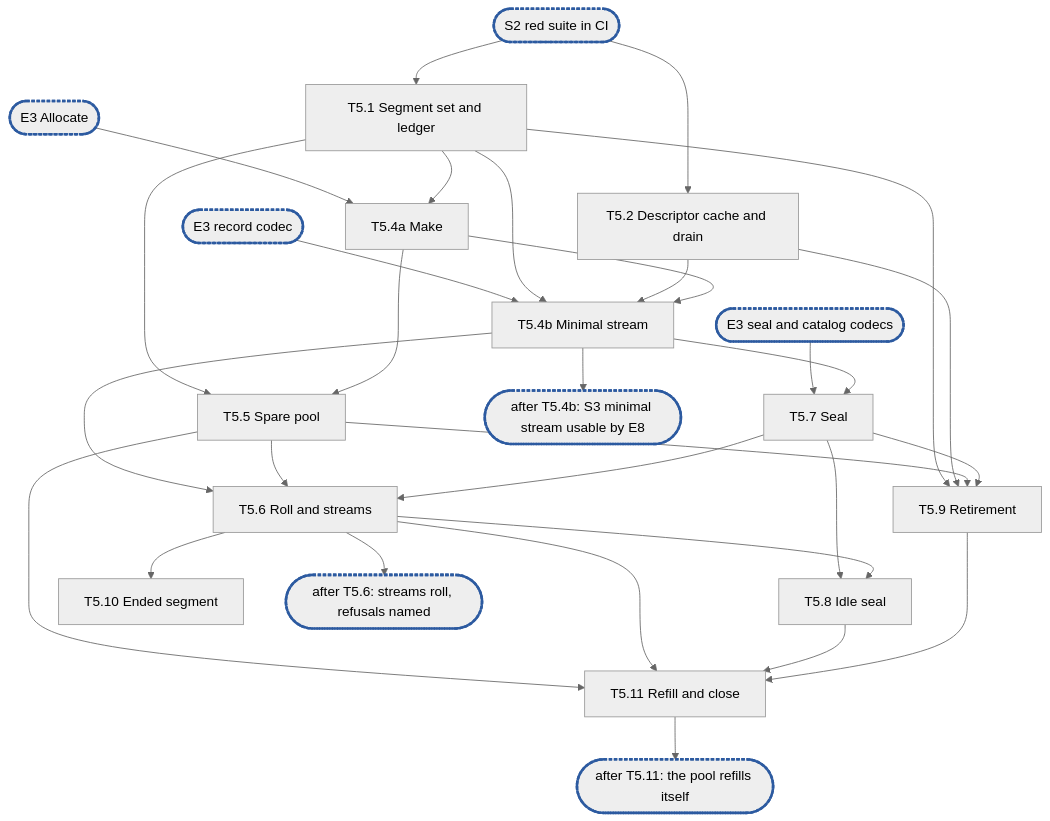
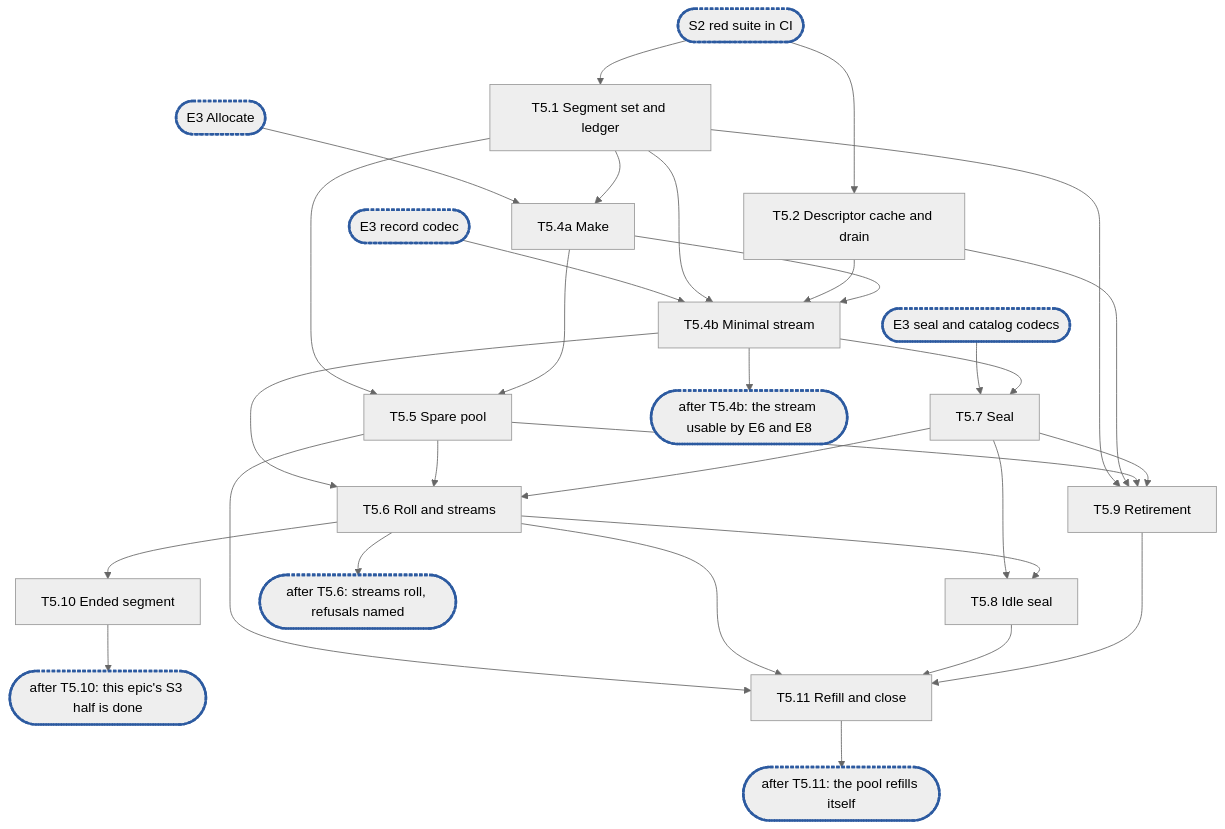
Before and after one commit to marmos91/dittofs: the diagram in docs/internals/planning/rfc-1-journal-epic5.md, drawn with Mermaid (neutral theme). The commit also changed other lines of this file and 4 other files, not shown here.

````diff
--- a/docs/internals/planning/rfc-1-journal-epic5.md
+++ b/docs/internals/planning/rfc-1-journal-epic5.md
@@ -812,33 +822,34 @@
 ```mermaid
 flowchart TD
   S2(["S2 red suite in CI"]):::sync --> T1["T5.1 Segment set and ledger"]
   S2 --> T2["T5.2 Descriptor cache and drain"]
   E3a(["E3 Allocate"]):::sync --> T4a
   E3r(["E3 record codec"]):::sync --> T4b
   E3s(["E3 seal and catalog codecs"]):::sync --> T7
   T1 --> T4a["T5.4a Make"]
   T1 --> T4b["T5.4b Minimal stream"]
   T2 --> T4b
   T4a --> T4b
   T1 --> T5["T5.5 Spare pool"]
   T4a --> T5
-  T4b --> C1(["after T5.4b: S3 minimal stream usable by E8"]):::sync
+  T4b --> C1(["after T5.4b: the stream usable by E6 and E8"]):::sync
+  T10 --> C4(["after T5.10: this epic's S3 half is done"]):::sync
   T4b --> T7["T5.7 Seal"]
   T7 --> T8["T5.8 Idle seal"]
   T6 --> T8
   T4b --> T6["T5.6 Roll and streams"]
   T5 --> T6
   T7 --> T6
   T6 --> T10["T5.10 Ended segment"]
   T1 --> T9["T5.9 Retirement"]
   T2 --> T9
   T5 --> T9
   T7 --> T9
   T5 --> T11
   T6 --> T11["T5.11 Refill and close"]
   T8 --> T11
   T9 --> T11
   T6 --> C2(["after T5.6: streams roll, refusals named"]):::sync
   T11 --> C3(["after T5.11: the pool refills itself"]):::sync
   classDef sync stroke:#2c5aa0,stroke-width:3px,stroke-dasharray:4 2
 ```
````
